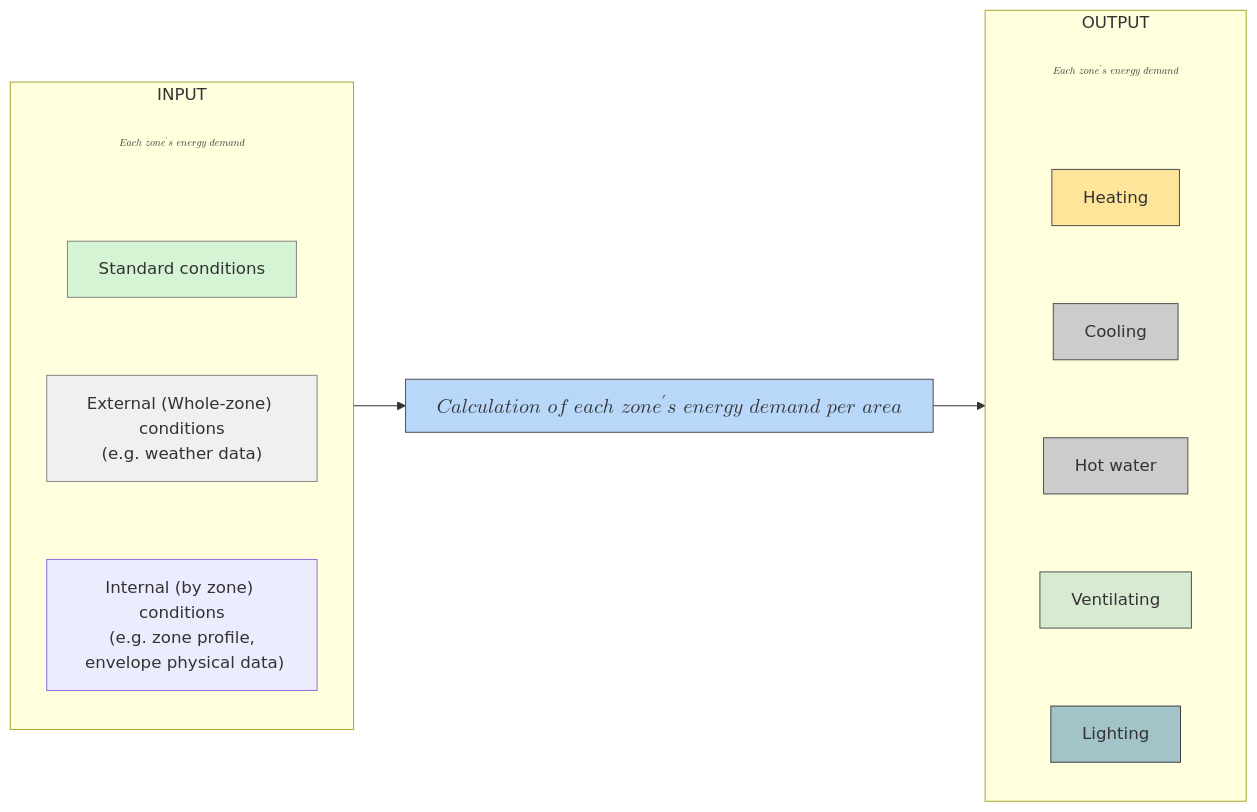
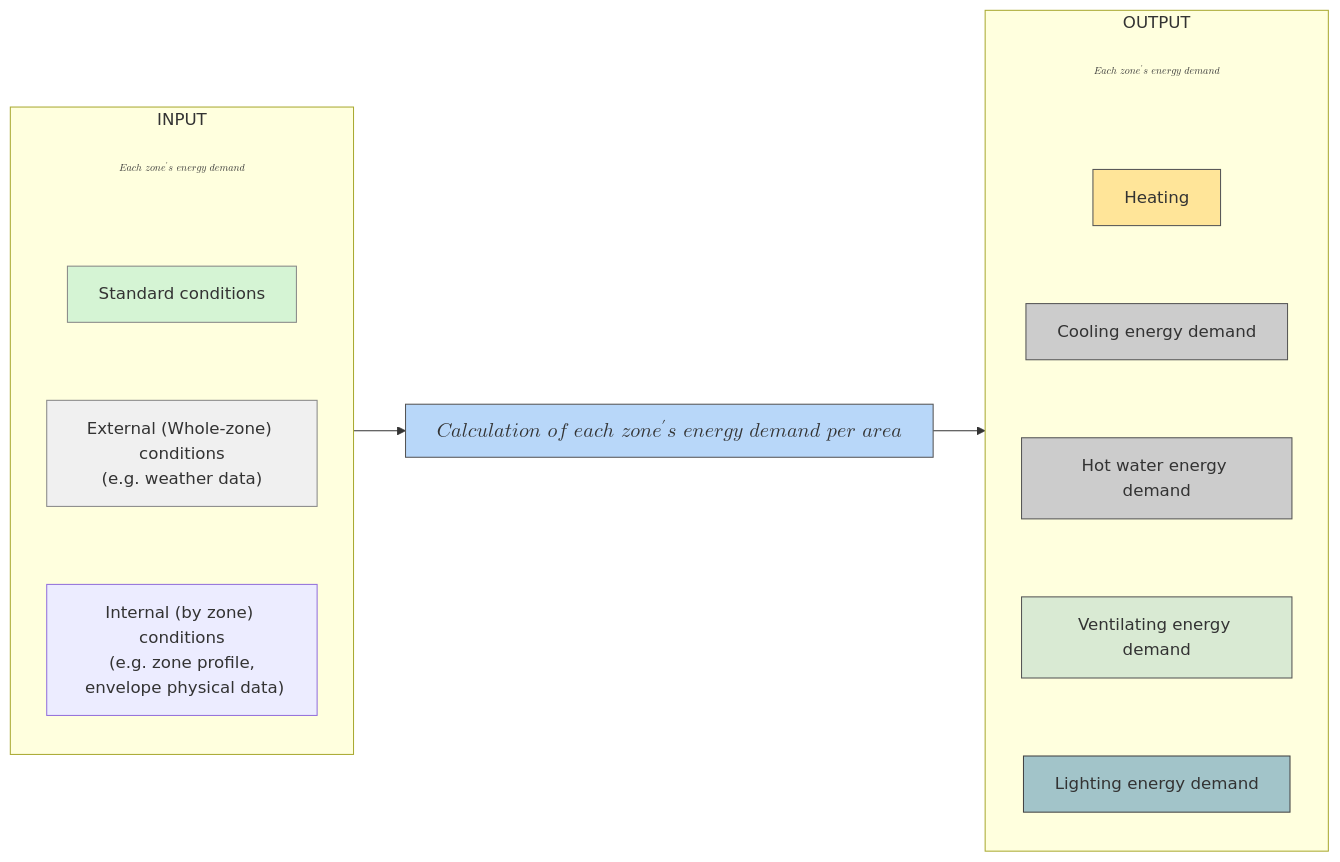
One commit to seungyeon315/eco2_guide_center_new changed the diagram in docs/1. ECO2 Logic Guide/ECO2_diagram.md. Above: the diagram before and after it, drawn with Mermaid. The commit also changed 64 other files, not shown here.

Commit message:
Equation Diagram Test

````diff
--- a/docs/1. ECO2 Logic Guide/ECO2_diagram.md
+++ b/docs/1. ECO2 Logic Guide/ECO2_diagram.md
@@ -7,57 +7,57 @@
 ```mermaid
 flowchart LR
     subgraph Input["INPUT"]
         NoteA["<div>$$Each\ zone's\ energy\ demand$$</div>"] --- A["Standard conditions"] 
         A --- B["External (Whole-zone) conditions\n(e.g. weather data)"] --- I["Internal (by zone) conditions\n(e.g. zone profile,\n envelope physical data)"]
     end
 
     Input --> C["<div>$$Calculation\ of\ each\ zone's\ energy\ demand\ per\ area$$</div>"]
 
     subgraph Output["OUTPUT"]
         direction TB
         NoteB["<div>$$Each\ zone's\ energy\ demand$$</div>"] --- D["Heating"]
-        D --- E["Cooling"]
-        E --- F["Hot water"]
-        F --- G["Ventilating"]
-        G --- H["Lighting"]
+        D --- E["Cooling energy demand"]
+        E --- F["Hot water energy demand"]
+        F --- G["Ventilating energy demand"]
+        G --- H["Lighting energy demand"]
     end
 
     C --> Output
 
     %% 링크 설정
     click A "hvac.html" "_blank"
     click B "weather.html" "_blank"
     click C "프로그램_평가_프로세스.html" "_blank"
     click D "hvac.html" "_blank"
     click E "/eco2_guide_center/1.%20ECO2%20Logic%20Guide/냉방%20에너지%20분석/Simple_Method.html" "_blank"
     click F "lighting.html" "_blank"
     click G "secondary.html" "_blank"
     click H "primary.html" "_blank"
     click I "primary.html" "_blank"
 
     %% 스타일 설정
     style A fill:#d5f4d4,stroke:#888,stroke-width:1px
     style B fill:#f0f0f0,stroke:#888,stroke-width:1px
     style C fill:#b8d7f9,stroke:#555,stroke-width:1px
     style D fill:#ffe599,stroke:#555,stroke-width:1px
     style E fill:#ccc,stroke:#555
     style F fill:#ccc,stroke:#555
     style G fill:#d9ead3,stroke:#555
     style H fill:#a2c4c9,stroke:#444
 
     %% 핵심: Note 노드 스타일을 Mermaid 방식으로 지정
     style NoteA fill:transparent,stroke:transparent,stroke-width:0px,color:#444,font-size:8px,font-style:italic
     style NoteB fill:transparent,stroke:transparent,stroke-width:0px,color:#444,font-size:8px,font-style:italic
 
     %% 링크선 스타일
     linkStyle 0 stroke:transparent,stroke-width:0.1px
     linkStyle 1 stroke:transparent,stroke-width:0.1px
     linkStyle 2 stroke:transparent,stroke-width:0.1px
     linkStyle 3 stroke:#333,stroke-width:1px
     linkStyle 4 stroke:transparent,stroke-width:0.1px
     linkStyle 5 stroke:transparent,stroke-width:0.1px
     linkStyle 6 stroke:transparent,stroke-width:0.1px
     linkStyle 7 stroke:transparent,stroke-width:0.1px 
     linkStyle 8 stroke:transparent,stroke-width:0.1px 
     linkStyle 9 stroke:#333,stroke-width:1px
 ```
````
